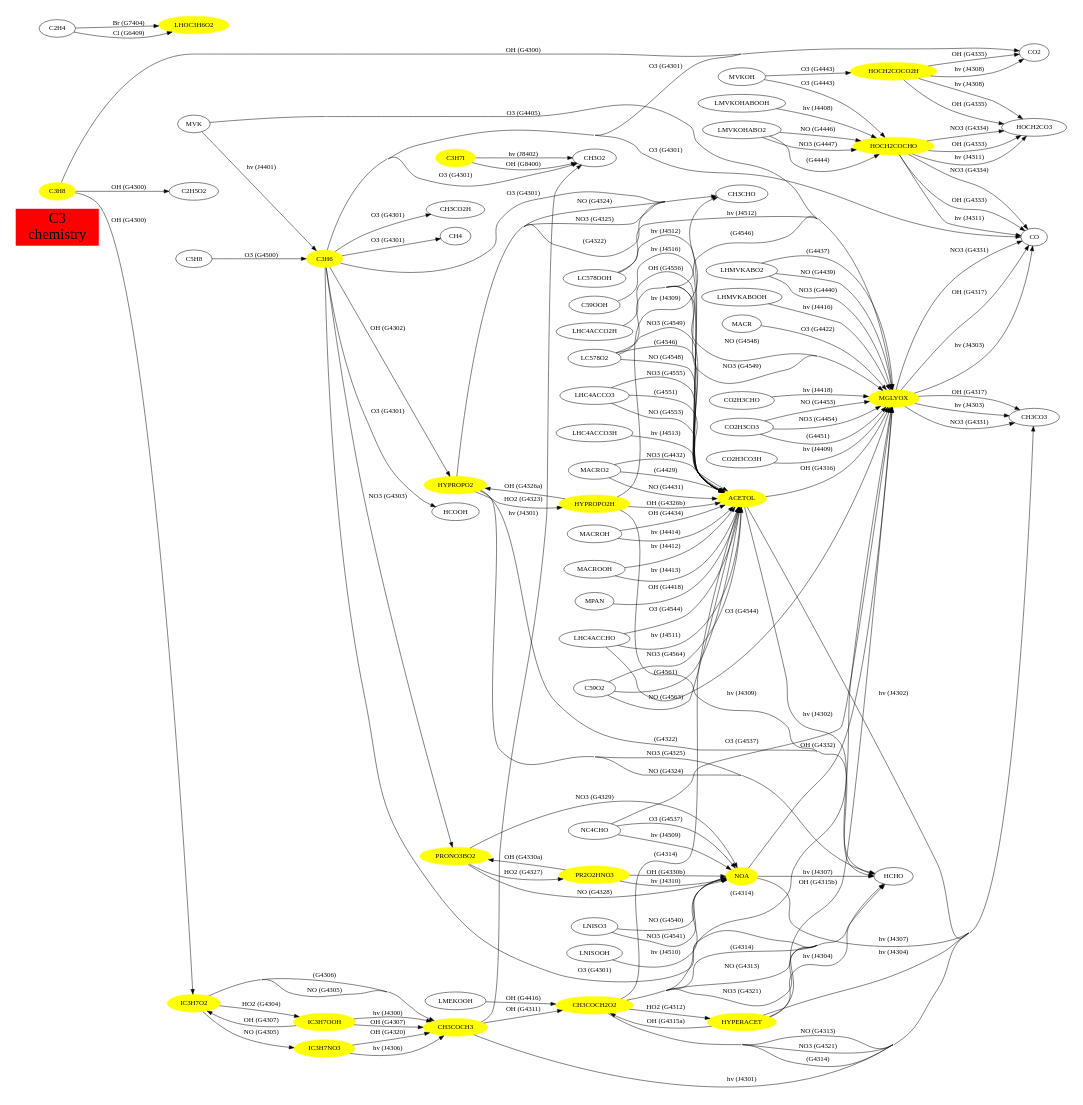
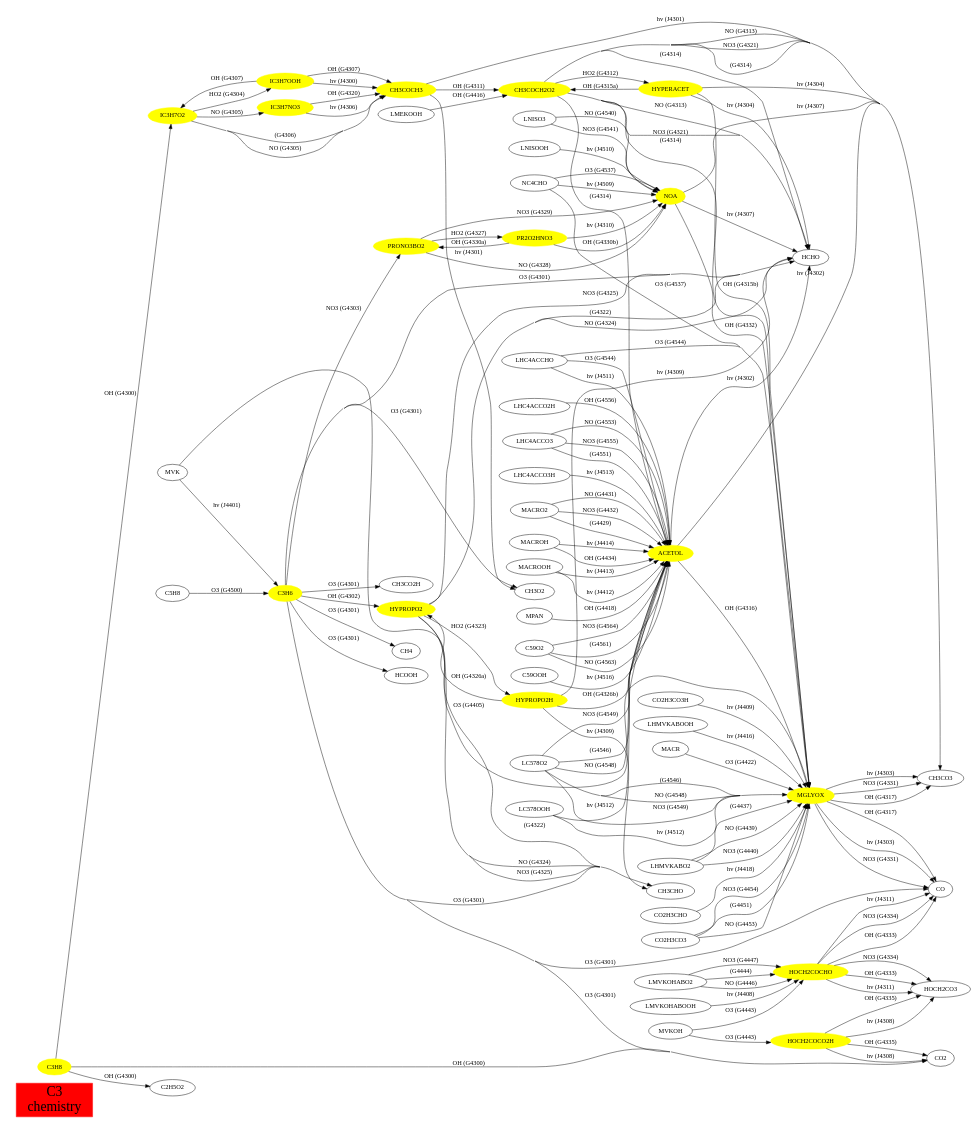
Before and after one commit to HartwigHarder/CAABA: the diagram in mecca/graphviz/C3.dot, drawn with Graphviz. The commit also changed 196 other files, not shown here.

```diff
--- a/mecca/graphviz/C3.dot
+++ b/mecca/graphviz/C3.dot
@@ -1,168 +1,162 @@
 // Created automatically by xgraphviz, DO NOT EDIT!
 digraph C3 {
   concentrate=true;
   rankdir=LR;
   size="8,8";
 "C3\nchemistry"
   [shape=box, fontsize=30,
   style="filled", color=red];
 subgraph species {
 node[shape=oval,
   color=yellow,
   style="filled"];
 ACETOL
 C3H6
-C3H7I
 C3H8
 CH3COCH2O2
 CH3COCH3
 HOCH2COCHO
 HOCH2COCO2H
 HYPERACET
 HYPROPO2
 HYPROPO2H
 IC3H7NO3
 IC3H7O2
 IC3H7OOH
-LHOC3H6O2
 MGLYOX
 NOA
 PR2O2HNO3
 PRONO3BO2
 }
 ACETOL -> CH3CO3 [label = "hv (J4302)"];
 ACETOL -> HCHO [label = "hv (J4302)"];
 ACETOL -> MGLYOX [label = "OH (G4316)"];
-C2H4 -> LHOC3H6O2 [label = "Br (G7404)"];
-C2H4 -> LHOC3H6O2 [label = "Cl (G6409)"];
 C3H6 -> CH3CHO [label = "O3 (G4301)"];
 C3H6 -> CH3CO2H [label = "O3 (G4301)"];
 C3H6 -> CH3O2 [label = "O3 (G4301)"];
 C3H6 -> CH4 [label = "O3 (G4301)"];
 C3H6 -> CO [label = "O3 (G4301)"];
 C3H6 -> CO2 [label = "O3 (G4301)"];
 C3H6 -> HCHO [label = "O3 (G4301)"];
 C3H6 -> HCOOH [label = "O3 (G4301)"];
 C3H6 -> HYPROPO2 [label = "OH (G4302)"];
 C3H6 -> PRONO3BO2 [label = "NO3 (G4303)"];
-C3H7I -> CH3O2 [label = "OH (G8400)"];
-C3H7I -> CH3O2 [label = "hv (J8402)"];
 C3H8 -> C2H5O2 [label = "OH (G4300)"];
 C3H8 -> CO2 [label = "OH (G4300)"];
 C3H8 -> IC3H7O2 [label = "OH (G4300)"];
 C59O2 -> ACETOL [label = " (G4561)"];
 C59O2 -> ACETOL [label = "NO (G4563)"];
 C59O2 -> ACETOL [label = "NO3 (G4564)"];
 C59OOH -> ACETOL [label = "hv (J4516)"];
 C5H8 -> C3H6 [label = "O3 (G4500)"];
 CH3COCH2O2 -> ACETOL [label = " (G4314)"];
 CH3COCH2O2 -> CH3CO3 [label = " (G4314)"];
 CH3COCH2O2 -> CH3CO3 [label = "NO (G4313)"];
 CH3COCH2O2 -> CH3CO3 [label = "NO3 (G4321)"];
 CH3COCH2O2 -> HCHO [label = " (G4314)"];
 CH3COCH2O2 -> HCHO [label = "NO (G4313)"];
 CH3COCH2O2 -> HCHO [label = "NO3 (G4321)"];
 CH3COCH2O2 -> HYPERACET [label = "HO2 (G4312)"];
 CH3COCH2O2 -> MGLYOX [label = " (G4314)"];
 CH3COCH3 -> CH3CO3 [label = "hv (J4301)"];
 CH3COCH3 -> CH3COCH2O2 [label = "OH (G4311)"];
 CH3COCH3 -> CH3O2 [label = "hv (J4301)"];
 CO2H3CHO -> MGLYOX [label = "hv (J4418)"];
 CO2H3CO3 -> MGLYOX [label = " (G4451)"];
 CO2H3CO3 -> MGLYOX [label = "NO (G4453)"];
 CO2H3CO3 -> MGLYOX [label = "NO3 (G4454)"];
 CO2H3CO3H -> MGLYOX [label = "hv (J4409)"];
 HOCH2COCHO -> CO [label = "NO3 (G4334)"];
 HOCH2COCHO -> CO [label = "OH (G4333)"];
 HOCH2COCHO -> CO [label = "hv (J4311)"];
 HOCH2COCHO -> HOCH2CO3 [label = "NO3 (G4334)"];
 HOCH2COCHO -> HOCH2CO3 [label = "OH (G4333)"];
 HOCH2COCHO -> HOCH2CO3 [label = "hv (J4311)"];
 HOCH2COCO2H -> CO2 [label = "OH (G4335)"];
 HOCH2COCO2H -> CO2 [label = "hv (J4308)"];
 HOCH2COCO2H -> HOCH2CO3 [label = "OH (G4335)"];
 HOCH2COCO2H -> HOCH2CO3 [label = "hv (J4308)"];
 HYPERACET -> CH3CO3 [label = "hv (J4304)"];
 HYPERACET -> CH3COCH2O2 [label = "OH (G4315a)"];
 HYPERACET -> HCHO [label = "hv (J4304)"];
 HYPERACET -> MGLYOX [label = "OH (G4315b)"];
 HYPROPO2 -> CH3CHO [label = " (G4322)"];
 HYPROPO2 -> CH3CHO [label = "NO (G4324)"];
 HYPROPO2 -> CH3CHO [label = "NO3 (G4325)"];
 HYPROPO2 -> HCHO [label = " (G4322)"];
 HYPROPO2 -> HCHO [label = "NO (G4324)"];
 HYPROPO2 -> HCHO [label = "NO3 (G4325)"];
 HYPROPO2 -> HYPROPO2H [label = "HO2 (G4323)"];
 HYPROPO2H -> ACETOL [label = "OH (G4326b)"];
 HYPROPO2H -> CH3CHO [label = "hv (J4309)"];
 HYPROPO2H -> HCHO [label = "hv (J4309)"];
 HYPROPO2H -> HYPROPO2 [label = "OH (G4326a)"];
 IC3H7NO3 -> CH3COCH3 [label = "OH (G4320)"];
 IC3H7NO3 -> CH3COCH3 [label = "hv (J4306)"];
 IC3H7O2 -> CH3COCH3 [label = " (G4306)"];
 IC3H7O2 -> CH3COCH3 [label = "NO (G4305)"];
 IC3H7O2 -> IC3H7NO3 [label = "NO (G4305)"];
 IC3H7O2 -> IC3H7OOH [label = "HO2 (G4304)"];
 IC3H7OOH -> CH3COCH3 [label = "OH (G4307)"];
 IC3H7OOH -> CH3COCH3 [label = "hv (J4300)"];
 IC3H7OOH -> IC3H7O2 [label = "OH (G4307)"];
 LC578O2 -> ACETOL [label = " (G4546)"];
 LC578O2 -> ACETOL [label = "NO (G4548)"];
 LC578O2 -> ACETOL [label = "NO3 (G4549)"];
 LC578O2 -> MGLYOX [label = " (G4546)"];
 LC578O2 -> MGLYOX [label = "NO (G4548)"];
 LC578O2 -> MGLYOX [label = "NO3 (G4549)"];
 LC578OOH -> ACETOL [label = "hv (J4512)"];
 LC578OOH -> MGLYOX [label = "hv (J4512)"];
 LHC4ACCHO -> ACETOL [label = "O3 (G4544)"];
 LHC4ACCHO -> ACETOL [label = "hv (J4511)"];
 LHC4ACCHO -> MGLYOX [label = "O3 (G4544)"];
 LHC4ACCO2H -> ACETOL [label = "OH (G4556)"];
 LHC4ACCO3 -> ACETOL [label = " (G4551)"];
 LHC4ACCO3 -> ACETOL [label = "NO (G4553)"];
 LHC4ACCO3 -> ACETOL [label = "NO3 (G4555)"];
 LHC4ACCO3H -> ACETOL [label = "hv (J4513)"];
 LHMVKABO2 -> MGLYOX [label = " (G4437)"];
 LHMVKABO2 -> MGLYOX [label = "NO (G4439)"];
 LHMVKABO2 -> MGLYOX [label = "NO3 (G4440)"];
 LHMVKABOOH -> MGLYOX [label = "hv (J4416)"];
 LMEKOOH -> CH3COCH2O2 [label = "OH (G4416)"];
 LMVKOHABO2 -> HOCH2COCHO [label = " (G4444)"];
 LMVKOHABO2 -> HOCH2COCHO [label = "NO (G4446)"];
 LMVKOHABO2 -> HOCH2COCHO [label = "NO3 (G4447)"];
 LMVKOHABOOH -> HOCH2COCHO [label = "hv (J4408)"];
 LNISO3 -> NOA [label = "NO (G4540)"];
 LNISO3 -> NOA [label = "NO3 (G4541)"];
 LNISOOH -> NOA [label = "hv (J4510)"];
 MACR -> MGLYOX [label = "O3 (G4422)"];
 MACRO2 -> ACETOL [label = " (G4429)"];
 MACRO2 -> ACETOL [label = "NO (G4431)"];
 MACRO2 -> ACETOL [label = "NO3 (G4432)"];
 MACROH -> ACETOL [label = "OH (G4434)"];
 MACROH -> ACETOL [label = "hv (J4414)"];
 MACROOH -> ACETOL [label = "hv (J4412)"];
 MACROOH -> ACETOL [label = "hv (J4413)"];
 MGLYOX -> CH3CO3 [label = "NO3 (G4331)"];
 MGLYOX -> CH3CO3 [label = "OH (G4317)"];
 MGLYOX -> CH3CO3 [label = "hv (J4303)"];
 MGLYOX -> CO [label = "NO3 (G4331)"];
 MGLYOX -> CO [label = "OH (G4317)"];
 MGLYOX -> CO [label = "hv (J4303)"];
 MPAN -> ACETOL [label = "OH (G4418)"];
 MVK -> C3H6 [label = "hv (J4401)"];
 MVK -> MGLYOX [label = "O3 (G4405)"];
 MVKOH -> HOCH2COCHO [label = "O3 (G4443)"];
 MVKOH -> HOCH2COCO2H [label = "O3 (G4443)"];
 NC4CHO -> MGLYOX [label = "O3 (G4537)"];
 NC4CHO -> NOA [label = "O3 (G4537)"];
 NC4CHO -> NOA [label = "hv (J4509)"];
 NOA -> CH3CO3 [label = "hv (J4307)"];
 NOA -> HCHO [label = "hv (J4307)"];
 NOA -> MGLYOX [label = "OH (G4332)"];
 PR2O2HNO3 -> NOA [label = "OH (G4330b)"];
 PR2O2HNO3 -> NOA [label = "hv (J4310)"];
 PR2O2HNO3 -> PRONO3BO2 [label = "OH (G4330a)"];
 PRONO3BO2 -> NOA [label = "NO (G4328)"];
 PRONO3BO2 -> NOA [label = "NO3 (G4329)"];
 PRONO3BO2 -> PR2O2HNO3 [label = "HO2 (G4327)"];
 }
```
